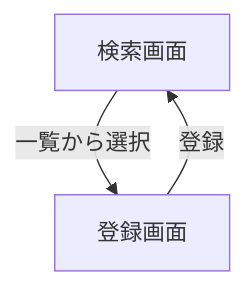
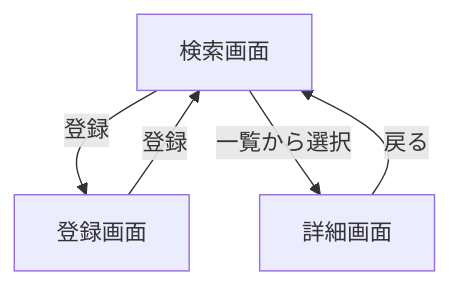
One commit to kamakiri604/Study-Note changed the second of 2 diagrams in documents/Design.md. Above: the diagram before and after it, drawn with Mermaid.

````diff
--- a/documents/Design.md
+++ b/documents/Design.md
@@ -26,5 +26,7 @@
 ```mermaid
 flowchart TD
-   ホーム画面["検索画面"]-- 一覧から選択 --> 登録画面 
-   登録画面 -- 登録 --> ホーム画面["検索画面"]
+   検索画面 -- 登録 --> 登録画面 
+   登録画面 -- 登録 --> 検索画面
+   検索画面 -- 一覧から選択 --> 詳細画面
+   詳細画面 -- 戻る --> 検索画面 
 ```
````
